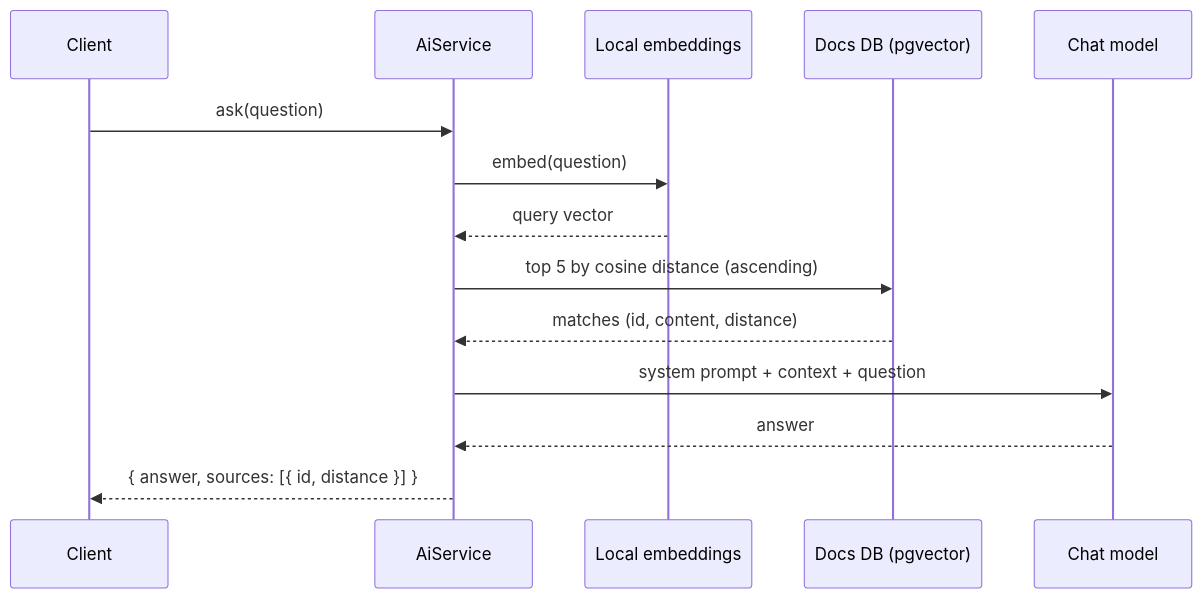
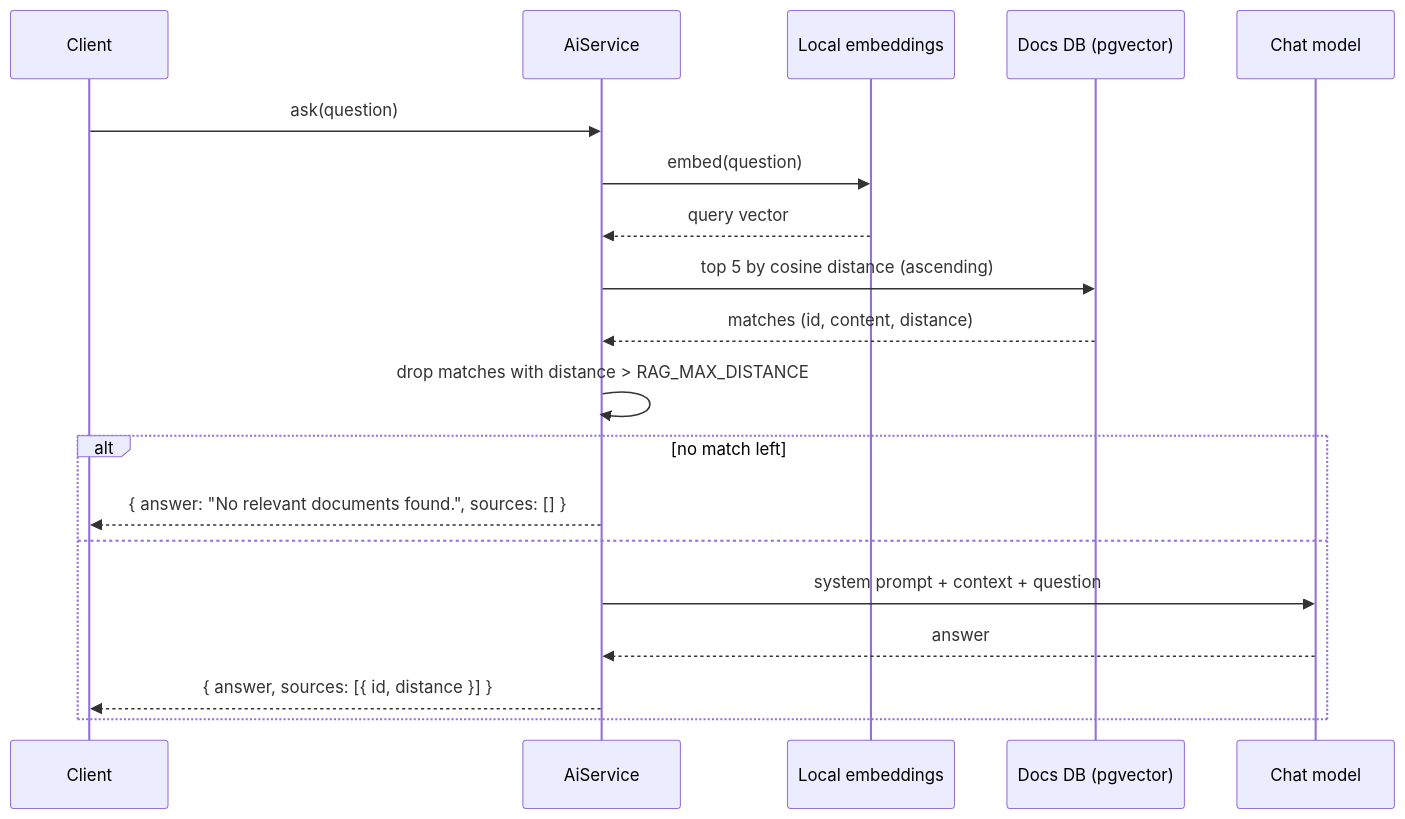
Before and after one commit to sajibsarker-1104003/nest-rag-service: the second of 3 diagrams in docs/architecture.md, drawn with Mermaid. The commit also changed other lines of this file and 12 other files, not shown here.

````diff
--- a/docs/architecture.md
+++ b/docs/architecture.md
@@ -36,16 +38,21 @@
 ```mermaid
 sequenceDiagram
   participant C as Client
   participant A as AiService
   participant E as Local embeddings
   participant D as Docs DB (pgvector)
   participant L as Chat model
   C->>A: ask(question)
   A->>E: embed(question)
   E-->>A: query vector
   A->>D: top 5 by cosine distance (ascending)
   D-->>A: matches (id, content, distance)
-  A->>L: system prompt + context + question
-  L-->>A: answer
-  A-->>C: { answer, sources: [{ id, distance }] }
+  A->>A: drop matches with distance > RAG_MAX_DISTANCE
+  alt no match left
+    A-->>C: { answer: "No relevant documents found.", sources: [] }
+  else
+    A->>L: system prompt + context + question
+    L-->>A: answer
+    A-->>C: { answer, sources: [{ id, distance }] }
+  end
 ```
````
